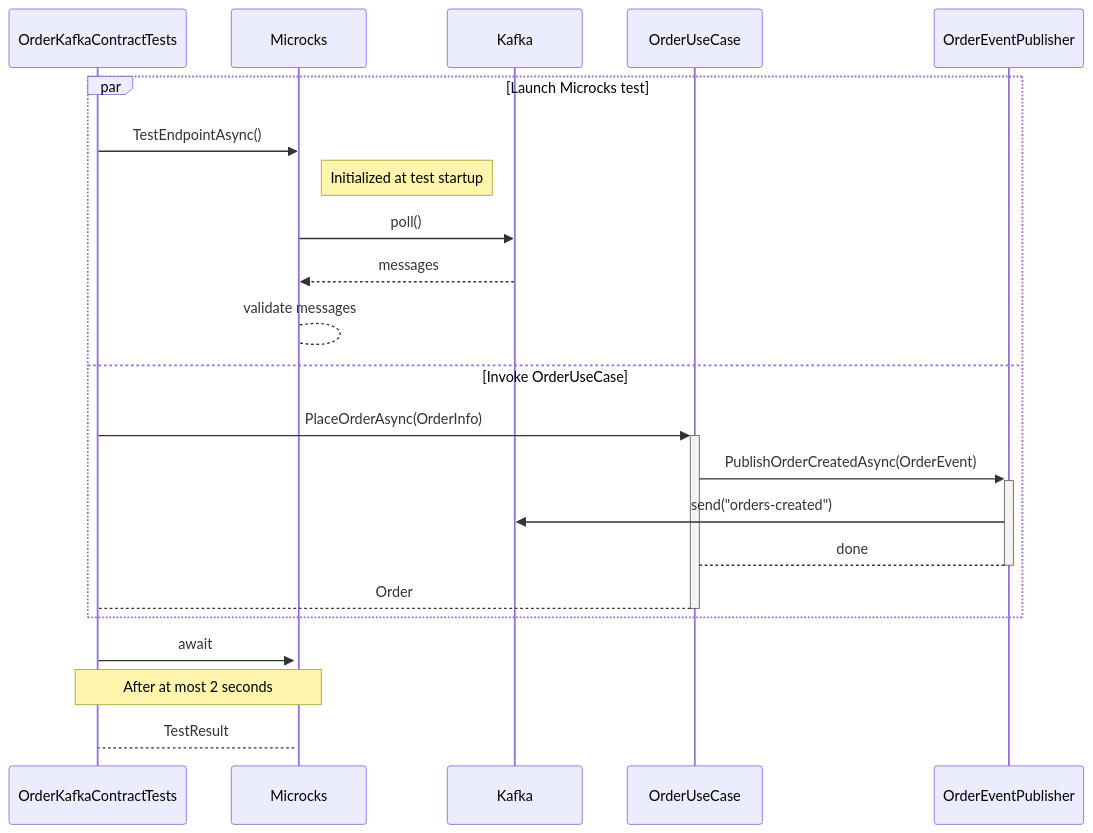
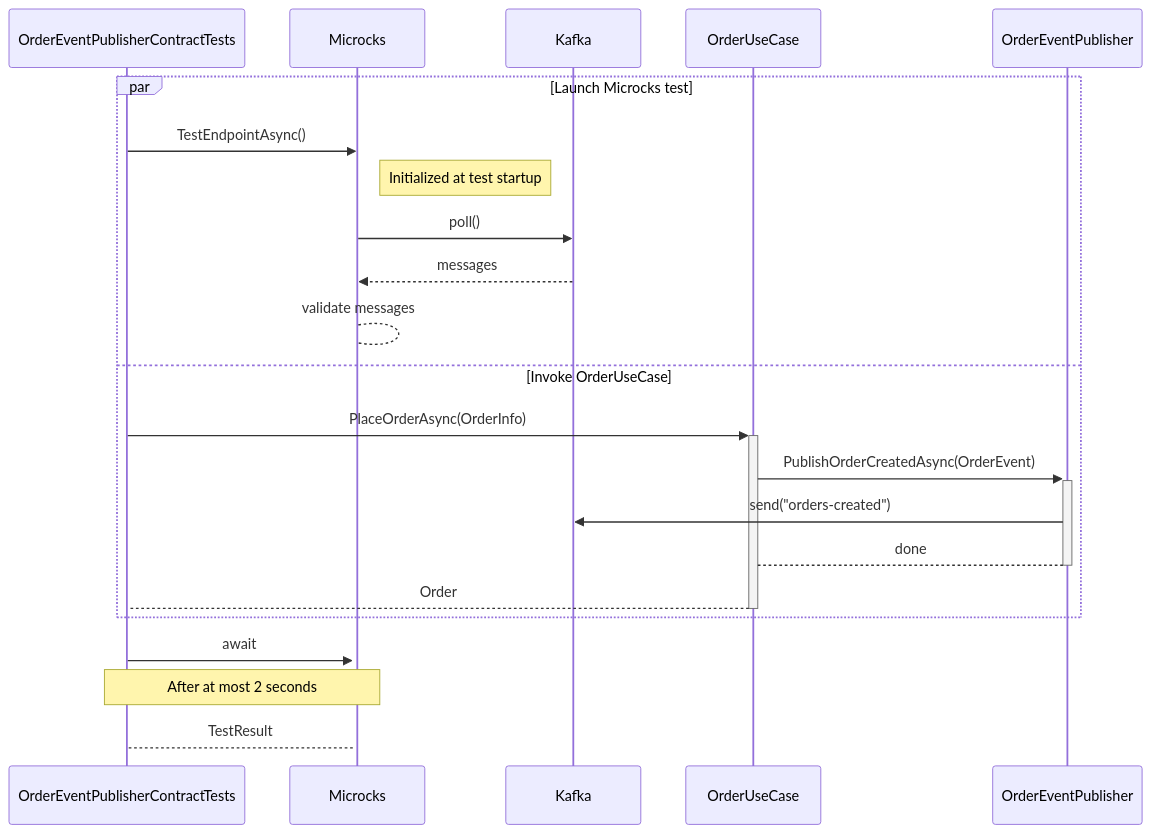
Before and after one commit to microcks/microcks-testcontainers-dotnet-demo: the first of 2 diagrams in step5-write-async-tests.md, drawn with Mermaid. The commit also changed other lines of this file and 13 other files, not shown here.

````diff
--- a/step5-write-async-tests.md
+++ b/step5-write-async-tests.md
@@ -102,20 +102,20 @@
 ```mermaid
 sequenceDiagram
     par Launch Microcks test
-      OrderKafkaContractTests->>Microcks: TestEndpointAsync()
+      OrderEventPublisherContractTests->>Microcks: TestEndpointAsync()
       participant Microcks
       Note right of Microcks: Initialized at test startup
       Microcks->>Kafka: poll()
       Kafka-->>Microcks: messages
       Microcks-->Microcks: validate messages
     and Invoke OrderUseCase
-      OrderKafkaContractTests->>+OrderUseCase: PlaceOrderAsync(OrderInfo)
+      OrderEventPublisherContractTests->>+OrderUseCase: PlaceOrderAsync(OrderInfo)
       OrderUseCase->>+OrderEventPublisher: PublishOrderCreatedAsync(OrderEvent)
       OrderEventPublisher->>Kafka: send("orders-created")
       OrderEventPublisher-->-OrderUseCase: done
-      OrderUseCase-->-OrderKafkaContractTests: Order
+      OrderUseCase-->-OrderEventPublisherContractTests: Order
     end
-    OrderKafkaContractTests->>+Microcks: await
-    Note over OrderKafkaContractTests,Microcks: After at most 2 seconds
-    Microcks-->OrderKafkaContractTests: TestResult
+    OrderEventPublisherContractTests->>+Microcks: await
+    Note over OrderEventPublisherContractTests,Microcks: After at most 2 seconds
+    Microcks-->OrderEventPublisherContractTests: TestResult
 ```
````
